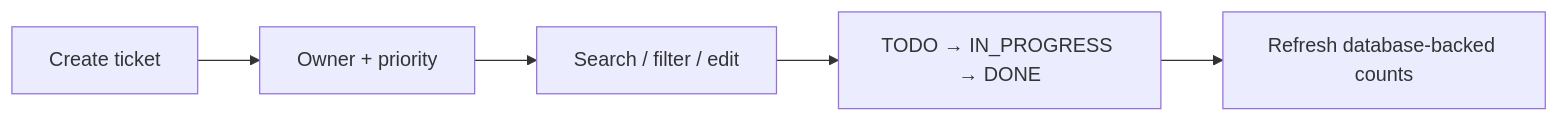
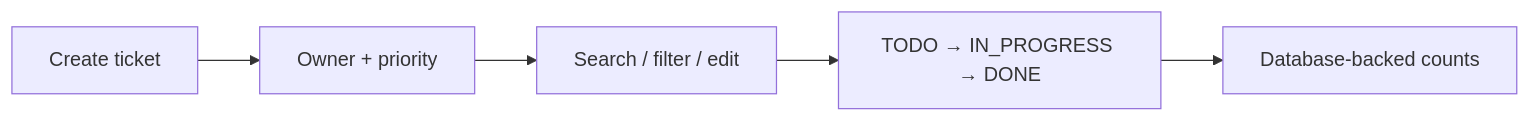
Before and after one commit to NoteLegend/devOps-TaskBoard: the diagram in application/frontend/README.md, drawn with Mermaid. The commit also changed other lines of this file and 26 other files, not shown here.

````diff
--- a/application/frontend/README.md
+++ b/application/frontend/README.md
@@ -9,7 +13,7 @@
 ```mermaid
 flowchart LR
   Capture[Create ticket] --> Assign[Owner + priority]
   Assign --> Triage[Search / filter / edit]
   Triage --> Progress[TODO → IN_PROGRESS → DONE]
-  Progress --> Counts[Refresh database-backed counts]
+  Progress --> Counts[Database-backed counts]
 ```
````
